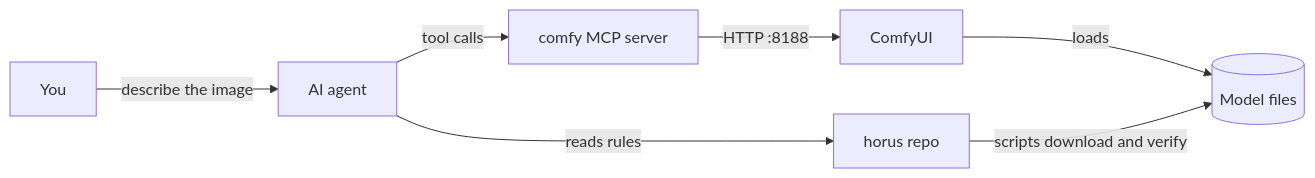
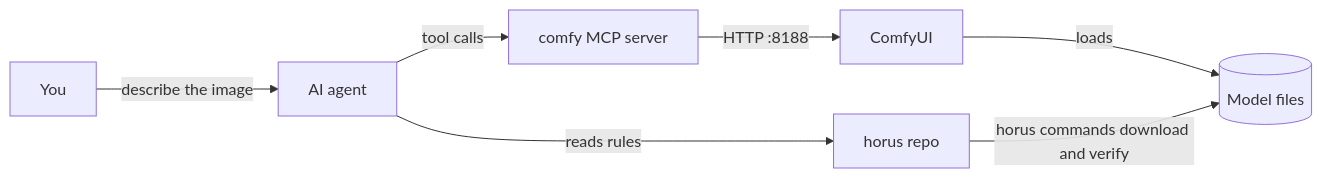
The diagram in README.md (hieplam/horus), drawn with Mermaid before and after one commit. The commit also changed other lines of this file and 14 other files, not shown here.

````diff
--- a/README.md
+++ b/README.md
@@ -25,9 +25,9 @@
 ```mermaid
 flowchart LR
   you[You] -->|describe the image| agent[AI agent]
   agent -->|reads rules| repo[horus repo]
   agent -->|tool calls| mcp[comfy MCP server]
   mcp -->|HTTP :8188| comfy[ComfyUI]
   comfy -->|loads| models[(Model files)]
-  repo -->|scripts download and verify| models
+  repo -->|horus commands download and verify| models
 ```
````
